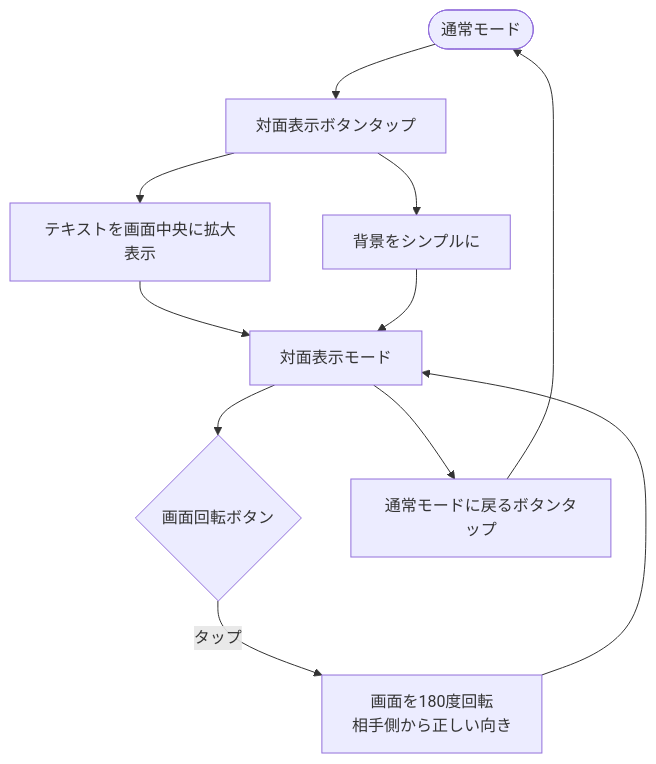
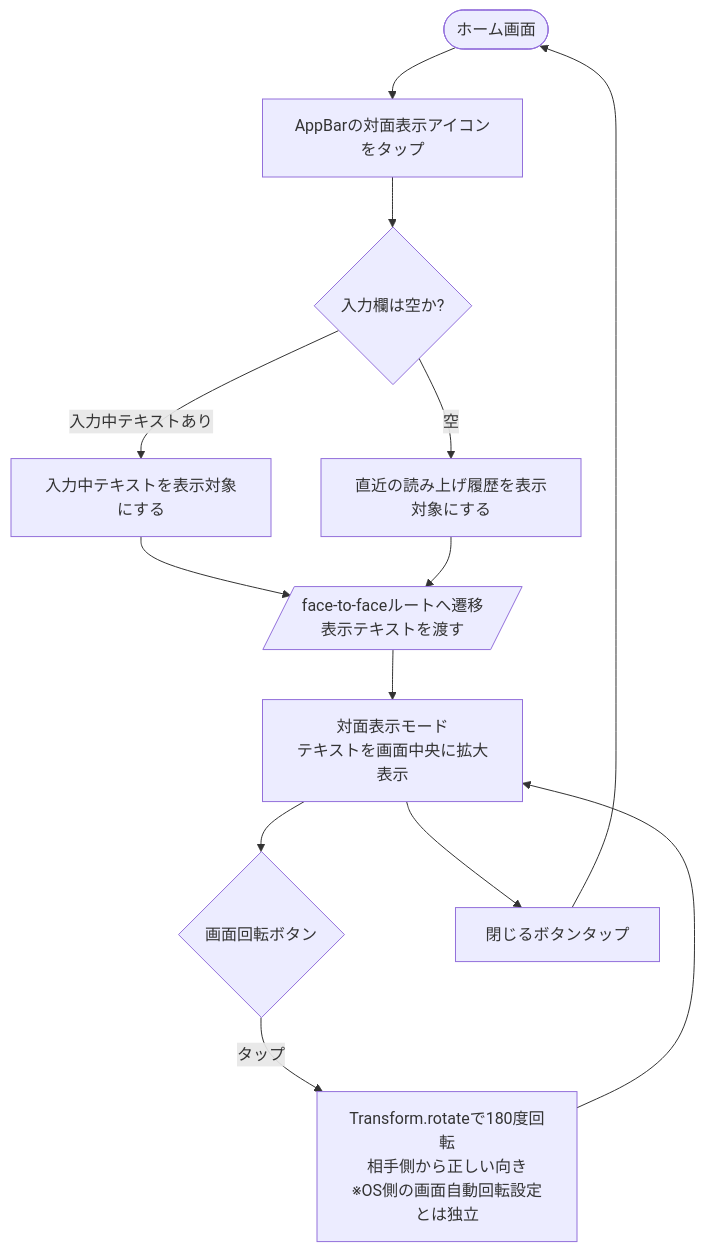
Before and after one commit to mozuq-lab/kotonoha: the ninth of 16 diagrams in docs/design/kotonoha/dataflow.md, drawn with Mermaid. The commit also changed 141 other files, not shown here.

````diff
--- a/docs/design/kotonoha/dataflow.md
+++ b/docs/design/kotonoha/dataflow.md
@@ -258,17 +258,20 @@
 ```mermaid
 flowchart TD
-    Start([通常モード])
-    Start --> FaceBtn[対面表示ボタンタップ]
-    FaceBtn --> EnlargeText[テキストを画面中央に拡大表示]
-    FaceBtn --> SimplifyBG[背景をシンプルに]
+    Start([ホーム画面])
+    Start --> FaceBtn[AppBarの対面表示アイコンをタップ]
+    FaceBtn --> TextCheck{入力欄は空か?}
+    TextCheck -->|入力中テキストあり| UseInput[入力中テキストを表示対象にする]
+    TextCheck -->|空| UseHistory[直近の読み上げ履歴を表示対象にする]
 
-    EnlargeText --> FaceMode[対面表示モード]
-    SimplifyBG --> FaceMode
+    UseInput --> Navigate[/face-to-faceルートへ遷移<br/>表示テキストを渡す/]
+    UseHistory --> Navigate
+
+    Navigate --> FaceMode[対面表示モード<br/>テキストを画面中央に拡大表示]
 
     FaceMode --> RotateCheck{画面回転ボタン}
-    RotateCheck -->|タップ| Rotate180[画面を180度回転<br/>相手側から正しい向き]
+    RotateCheck -->|タップ| Rotate180[Transform.rotateで180度回転<br/>相手側から正しい向き<br/>※OS側の画面自動回転設定とは独立]
     Rotate180 --> FaceMode
 
-    FaceMode --> BackBtn[通常モードに戻るボタンタップ]
+    FaceMode --> BackBtn[閉じるボタンタップ]
     BackBtn --> Start
 ```
````
